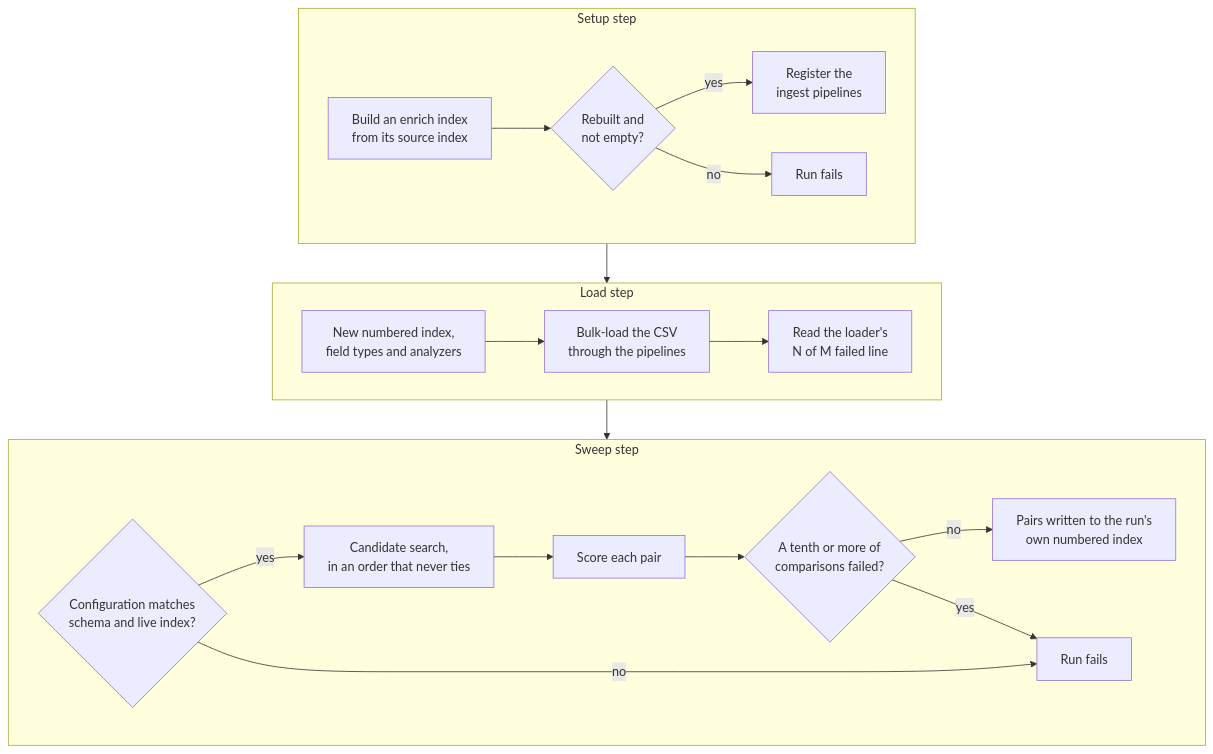
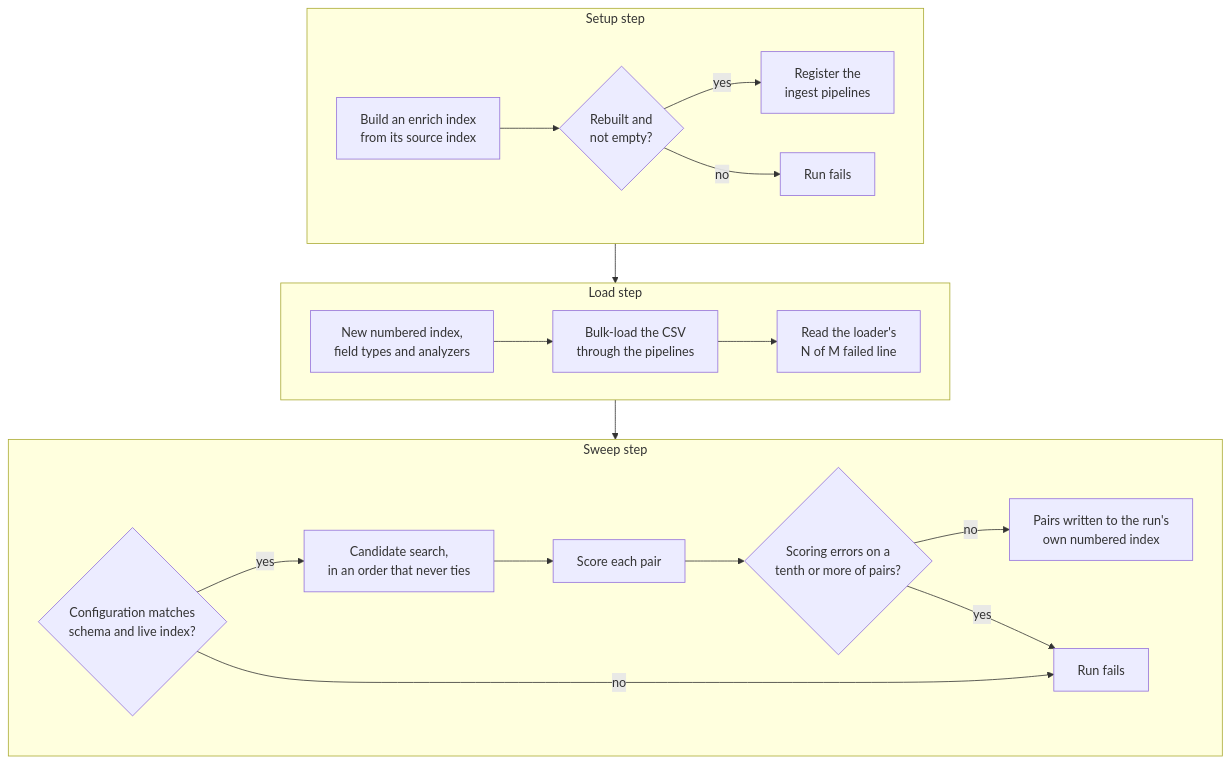
Before and after one commit to freemansoft/entitopia: the diagram in docs/blog/2026-08-30-03-configuration-driven-matching.md, drawn with Mermaid. The commit also changed other lines of this file and 1 other file, not shown here.

````diff
--- a/docs/blog/2026-08-30-03-configuration-driven-matching.md
+++ b/docs/blog/2026-08-30-03-configuration-driven-matching.md
@@ -105,25 +107,25 @@
 ```mermaid
 flowchart TB
   subgraph E["Setup step"]
     direction LR
     EB["Build an enrich index<br/>from its source index"] --> EC{"Rebuilt and<br/>not empty?"}
     EC -- yes --> EP["Register the<br/>ingest pipelines"]
     EC -- no --> EF["Run fails"]
   end
   subgraph L["Load step"]
     direction LR
     LI["New numbered index,<br/>field types and analyzers"] --> LB["Bulk-load the CSV<br/>through the pipelines"]
     LB --> LR["Read the loader's<br/>N of M failed line"]
   end
   subgraph S["Sweep step"]
     direction LR
     SV{"Configuration matches<br/>schema and live index?"} -- yes --> SC["Candidate search,<br/>in an order that never ties"]
     SC --> SS["Score each pair"]
-    SS --> SE{"A tenth or more of<br/>comparisons failed?"}
+    SS --> SE{"Scoring errors on a<br/>tenth or more of pairs?"}
     SE -- no --> SP["Pairs written to the run's<br/>own numbered index"]
     SV -- no --> SF["Run fails"]
     SE -- yes --> SF
   end
   E --> L
   L --> S
 ```
````
